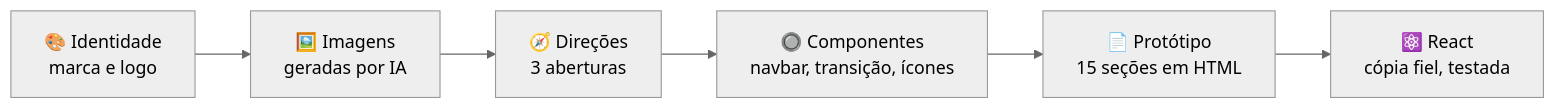
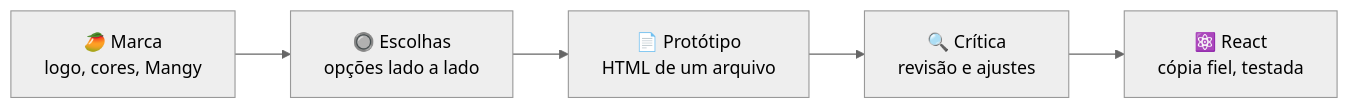
Before and after one commit to guilhermesolagarcia/Mangobook-Repo: the diagram in README.md, drawn with Mermaid (neutral theme). The commit also changed other lines of this file and 3 other files, not shown here.

````diff
--- a/README.md
+++ b/README.md
@@ -177,8 +241,7 @@
 ```mermaid
 flowchart LR
-    A["🎨 Identidade<br/>marca e logo"] --> B["🖼️ Imagens<br/>geradas por IA"]
-    B --> C["🧭 Direções<br/>3 aberturas"]
-    C --> D["🔘 Componentes<br/>navbar, transição, ícones"]
-    D --> E["📄 Protótipo<br/>15 seções em HTML"]
-    E --> F["⚛️ React<br/>cópia fiel, testada"]
+    A["🥭 Marca<br/>logo, cores, Mangy"] --> B["🔘 Escolhas<br/>opções lado a lado"]
+    B --> C["📄 Protótipo<br/>HTML de um arquivo"]
+    C --> D["🔍 Crítica<br/>revisão e ajustes"]
+    D --> E["⚛️ React<br/>cópia fiel, testada"]
 ```
````
